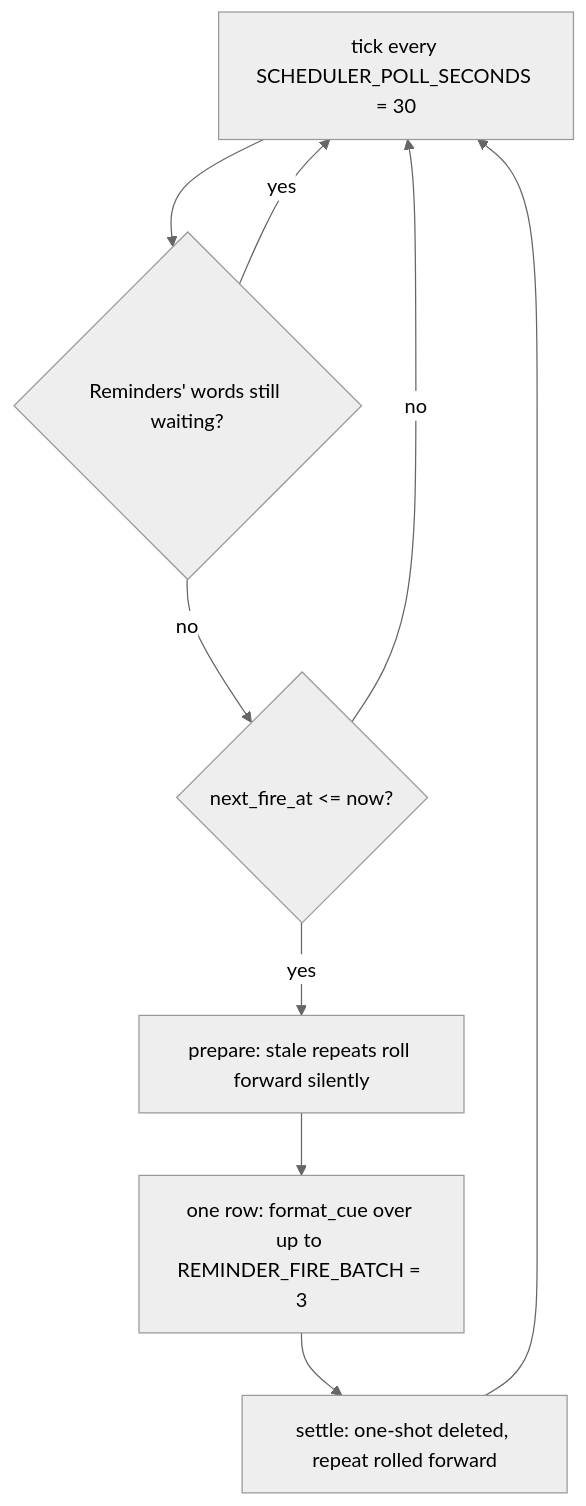
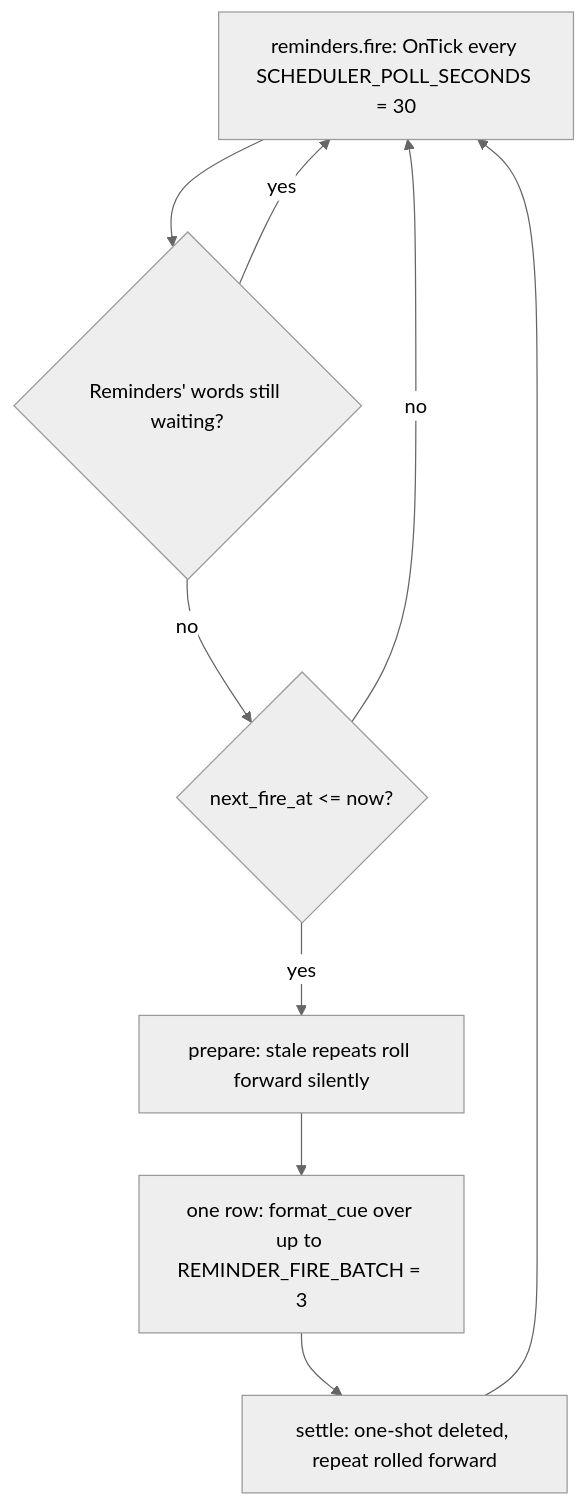
The tenth of 13 diagrams in docs/AGENT_ARCH.md (myvaheed/tg-ai-safwa), drawn with Mermaid (neutral theme) before and after one commit. The commit also changed other lines of this file and 44 other files, not shown here.

````diff
--- a/docs/AGENT_ARCH.md
+++ b/docs/AGENT_ARCH.md
@@ -548,11 +544,11 @@
 ```mermaid
 flowchart TB
-    TICK[tick every SCHEDULER_POLL_SECONDS = 30] --> PEND{Reminders' words still waiting?}
+    TICK[reminders.fire: OnTick every SCHEDULER_POLL_SECONDS = 30] --> PEND{Reminders' words still waiting?}
     PEND -->|yes| TICK
     PEND -->|no| DUE{next_fire_at <= now?}
     DUE -->|no| TICK
     DUE -->|yes| PREP[prepare: stale repeats roll forward silently]
     PREP --> WRITE[one row: format_cue over up to REMINDER_FIRE_BATCH = 3]
     WRITE --> SETTLE[settle: one-shot deleted, repeat rolled forward]
     SETTLE --> TICK
 ```
````
